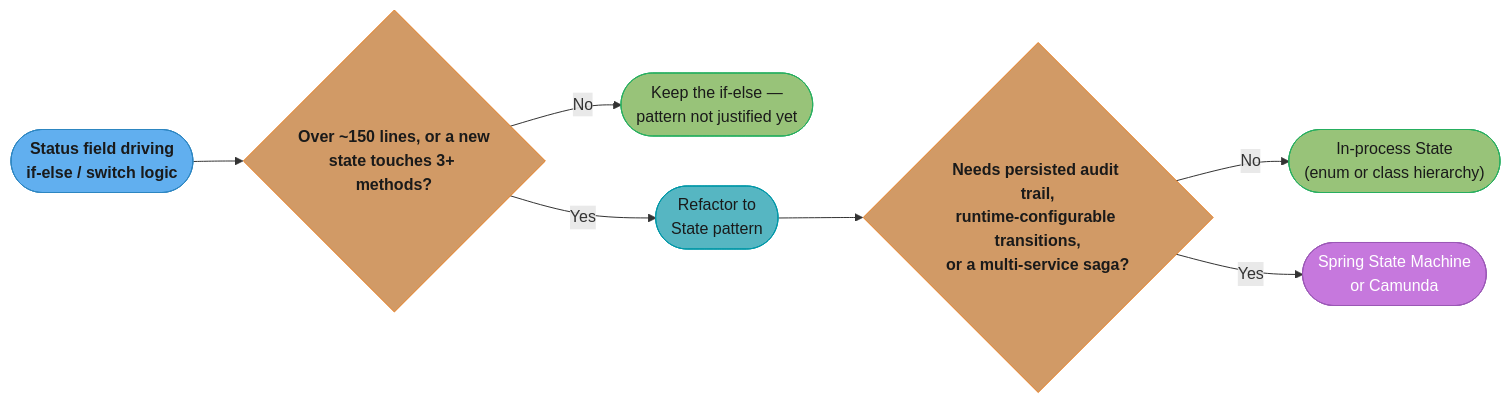
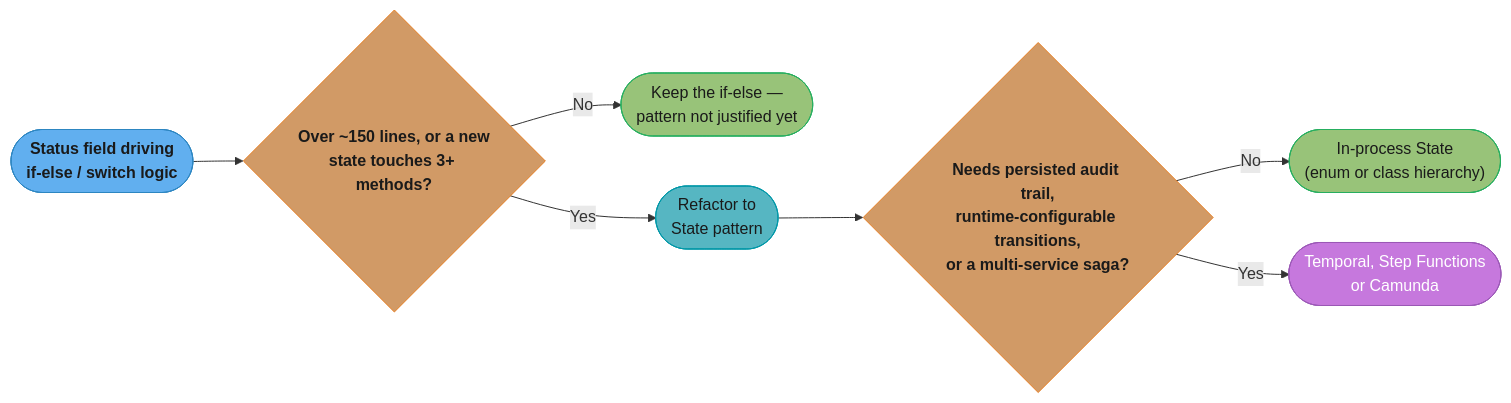
Before and after one commit to rppol/system-design: the fourth of 4 diagrams in src/main/java/com/rutik/systemdesign/lld/behavioral/state/state.md, drawn with Mermaid. The commit also changed other lines of this file and 655 other files, not shown here.

````diff
--- a/src/main/java/com/rutik/systemdesign/lld/behavioral/state/state.md
+++ b/src/main/java/com/rutik/systemdesign/lld/behavioral/state/state.md
@@ -538,23 +539,23 @@
 ```mermaid
 flowchart LR
     classDef io      fill:#61afef,stroke:#2e86c1,color:#1a1a1a,font-weight:bold
     classDef frozen  fill:#c678dd,stroke:#9b59b6,color:#fff
     classDef train   fill:#98c379,stroke:#27ae60,color:#1a1a1a
     classDef mathOp  fill:#d19a66,stroke:#e67e22,color:#1a1a1a,font-weight:bold
     classDef lossN   fill:#e06c75,stroke:#c0392b,color:#fff,font-weight:bold
     classDef req     fill:#56b6c2,stroke:#0097a7,color:#1a1a1a
     classDef base    fill:#e5c07b,stroke:#f39c12,color:#1a1a1a
 
     START(["Status field driving<br/>if-else / switch logic"]) --> Q1{"Over ~150 lines, or a new<br/>state touches 3+ methods?"}
     Q1 -->|"No"| KEEP(["Keep the if-else —<br/>pattern not justified yet"])
     Q1 -->|"Yes"| REFACTOR(["Refactor to<br/>State pattern"])
     REFACTOR --> Q2{"Needs persisted audit trail,<br/>runtime-configurable transitions,<br/>or a multi-service saga?"}
     Q2 -->|"No"| INPROC(["In-process State<br/>(enum or class hierarchy)"])
-    Q2 -->|"Yes"| FRAMEWORK(["Spring State Machine<br/>or Camunda"])
+    Q2 -->|"Yes"| FRAMEWORK(["Temporal, Step Functions<br/>or Camunda"])
 
     class START io
     class Q1,Q2 mathOp
     class KEEP,INPROC train
     class REFACTOR req
     class FRAMEWORK frozen
 ```
````
